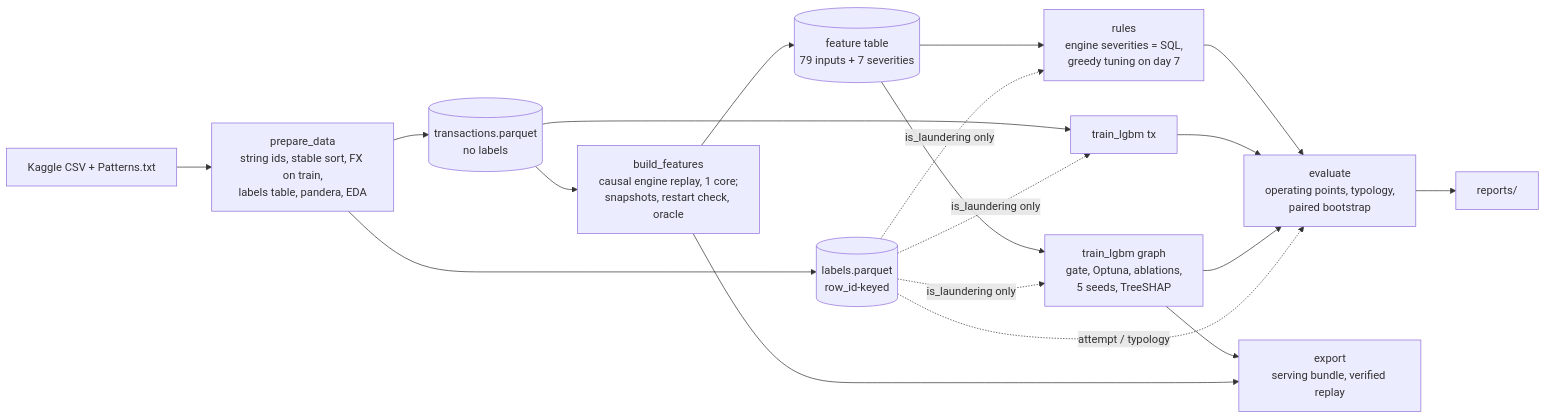
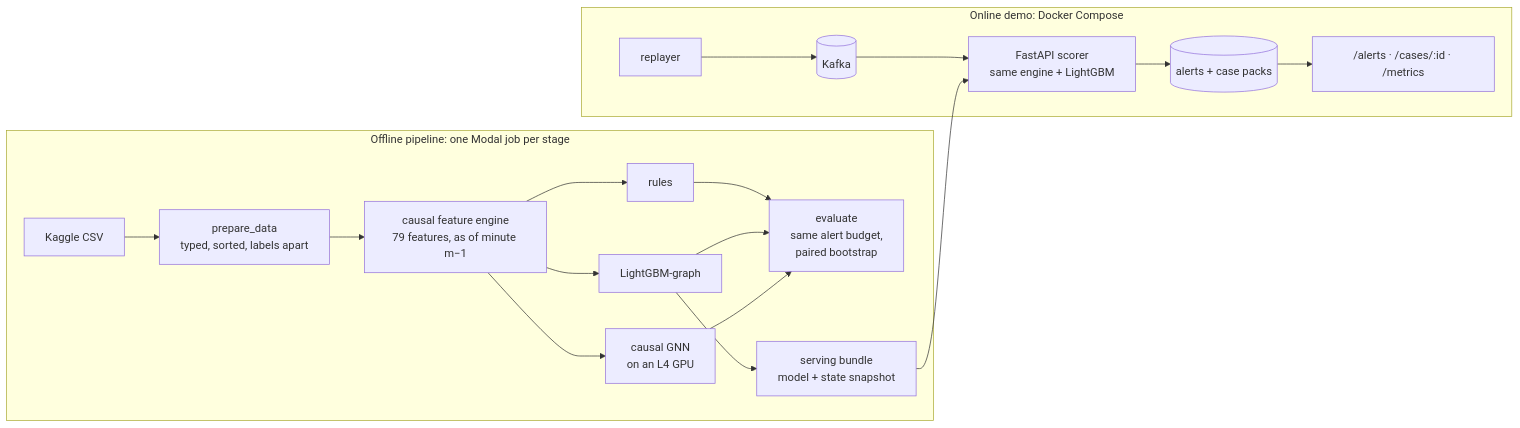
Before and after one commit to DemianPyrih25/real-time-anti-money: the diagram in README.md, drawn with Mermaid. The commit also changed other lines of this file and 115 other files, not shown here.

````diff
--- a/README.md
+++ b/README.md
@@ -296,21 +65,17 @@
 ```mermaid
 flowchart LR
-  K[Kaggle CSV + Patterns.txt] --> P[prepare_data<br/>string ids, stable sort, FX on train,<br/>labels table, pandera, EDA]
-  P --> T[(transactions.parquet<br/>no labels)]
-  P --> L[(labels.parquet<br/>row_id-keyed)]
-  T --> F[build_features<br/>causal engine replay, 1 core;<br/>snapshots, restart check, oracle]
-  F --> FT[(feature table<br/>79 inputs + 7 severities)]
-  FT --> R[rules<br/>engine severities = SQL,<br/>greedy tuning on day 7]
-  T --> G1[train_lgbm tx]
-  FT --> G2[train_lgbm graph<br/>gate, Optuna, ablations,<br/>5 seeds, TreeSHAP]
-  L -. is_laundering only .-> R
-  L -. is_laundering only .-> G1
-  L -. is_laundering only .-> G2
-  R --> E[evaluate<br/>operating points, typology,<br/>paired bootstrap]
-  G1 --> E
-  G2 --> E
-  L -. attempt / typology .-> E
-  G2 --> X[export<br/>serving bundle, verified replay]
-  F --> X
-  E --> Rep[reports/]
+  subgraph Offline["Offline pipeline: one Modal job per stage"]
+    K[Kaggle CSV] --> P[prepare_data<br/>typed, sorted, labels apart]
+    P --> F[causal feature engine<br/>79 features, as of minute m−1]
+    F --> R[rules]
+    F --> L[LightGBM-graph]
+    F --> G[causal GNN<br/>on an L4 GPU]
+    R & L & G --> E[evaluate<br/>same alert budget,<br/>paired bootstrap]
+    L --> B[serving bundle<br/>model + state snapshot]
+  end
+  subgraph Online["Online demo: Docker Compose"]
+    RP[replayer] --> KF[(Kafka)] --> S[FastAPI scorer<br/>same engine + LightGBM] --> A[(alerts + case packs)]
+    A --> UI["/alerts · /cases/:id · /metrics"]
+  end
+  B --> S
 ```
````
